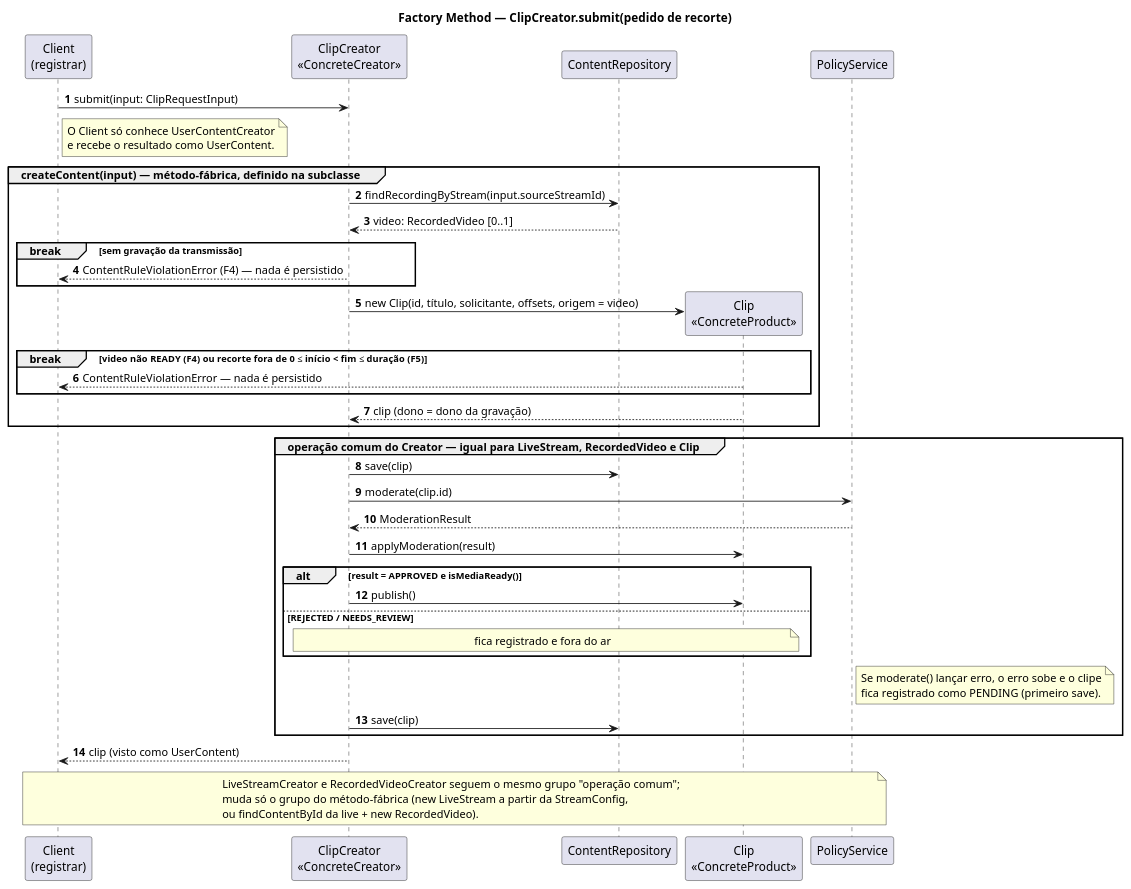
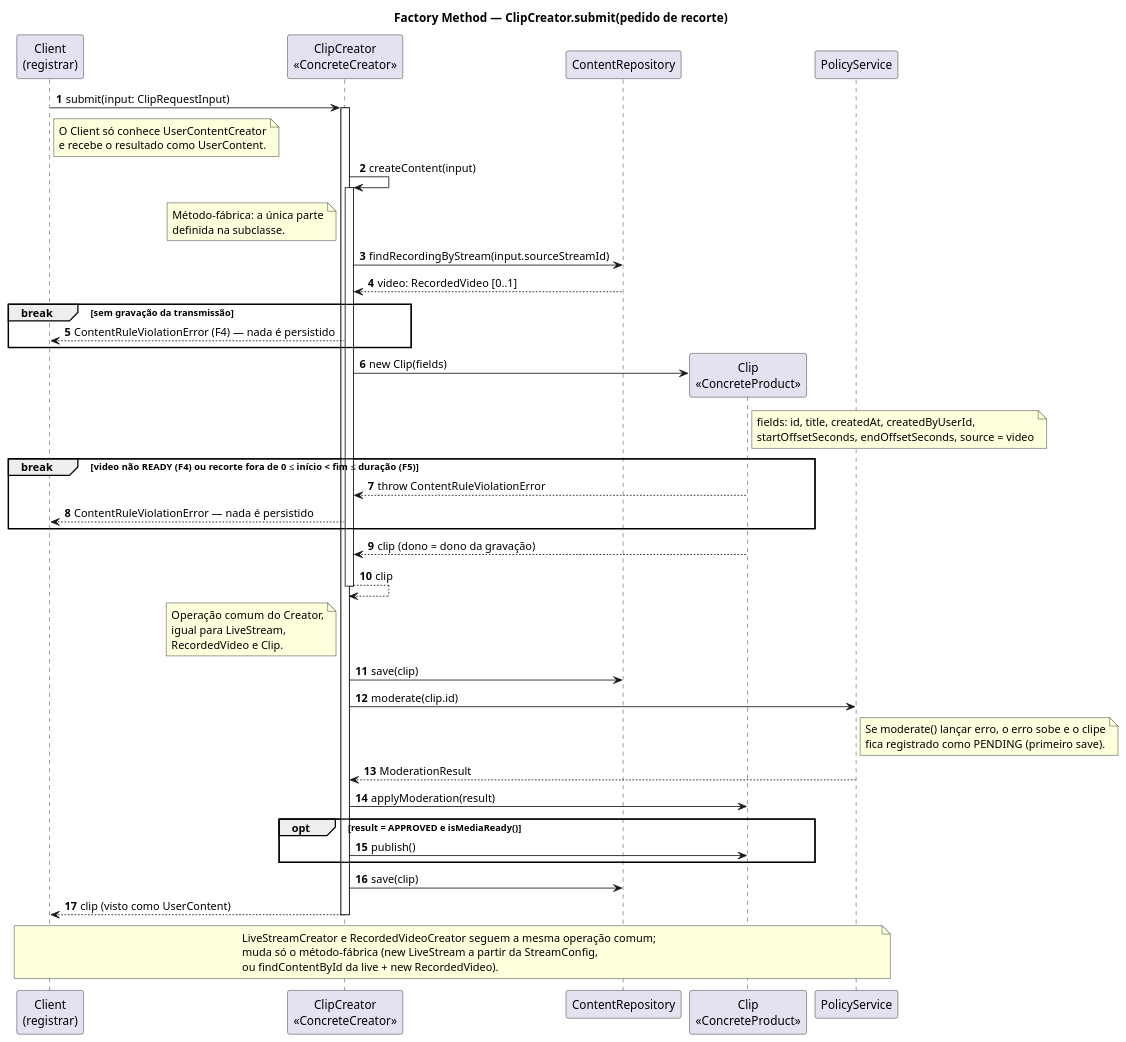
Before and after one commit to UnBArqDsw2026-2-Turma01/2026.2-T01-_G6_ProjetoStreamingVideo_Entrega_03: the diagram in docs/Base/Relatórios/1.1.1.SubEquipe_01/assets/factory-method/factory-method-sequencia-v1.puml, drawn with PlantUML. The commit also changed 3 other files, not shown here.

```diff
--- a/docs/Base/Relatórios/1.1.1.SubEquipe_01/assets/factory-method/factory-method-sequencia-v1.puml
+++ b/docs/Base/Relatórios/1.1.1.SubEquipe_01/assets/factory-method/factory-method-sequencia-v1.puml
@@ -1,58 +1,72 @@
 @startuml factory-method-sequencia-v1
 title Factory Method — ClipCreator.submit(pedido de recorte)
 
 skinparam backgroundColor #FFFFFF
 skinparam shadowing false
 skinparam sequenceMessageAlign left
 autonumber
 
 participant "Client\n(registrar)" as Client
 participant "ClipCreator\n«ConcreteCreator»" as Creator
 participant "ContentRepository" as Repo
 participant "Clip\n«ConcreteProduct»" as Clip
 participant "PolicyService" as Policy
 
 Client -> Creator : submit(input: ClipRequestInput)
+activate Creator
 note right of Client
   O Client só conhece UserContentCreator
   e recebe o resultado como UserContent.
 end note
 
-group createContent(input) — método-fábrica, definido na subclasse
-  Creator -> Repo : findRecordingByStream(input.sourceStreamId)
-  Repo --> Creator : video: RecordedVideo [0..1]
-  break sem gravação da transmissão
-    Creator --> Client : ContentRuleViolationError (F4) — nada é persistido
-  end
-  Creator -> Clip ** : new Clip(id, título, solicitante, offsets, origem = video)
-  break video não READY (F4) ou recorte fora de 0 ≤ início < fim ≤ duração (F5)
-    Clip --> Client : ContentRuleViolationError — nada é persistido
-  end
-  Clip --> Creator : clip (dono = dono da gravação)
+Creator -> Creator : createContent(input)
+activate Creator
+note left of Creator
+  Método-fábrica: a única parte
+  definida na subclasse.
+end note
+Creator -> Repo : findRecordingByStream(input.sourceStreamId)
+Repo --> Creator : video: RecordedVideo [0..1]
+break sem gravação da transmissão
+  Creator --> Client : ContentRuleViolationError (F4) — nada é persistido
 end
+Creator -> Clip ** : new Clip(fields)
+note right of Clip
+  fields: id, title, createdAt, createdByUserId,
+  startOffsetSeconds, endOffsetSeconds, source = video
+end note
+break video não READY (F4) ou recorte fora de 0 ≤ início < fim ≤ duração (F5)
+  Clip --> Creator : throw ContentRuleViolationError
+  Creator --> Client : ContentRuleViolationError — nada é persistido
+end
+Clip --> Creator : clip (dono = dono da gravação)
+Creator --> Creator : clip
+deactivate Creator
 
-group operação comum do Creator — igual para LiveStream, RecordedVideo e Clip
-  Creator -> Repo : save(clip)
-  Creator -> Policy : moderate(clip.id)
-  Policy --> Creator : ModerationResult
-  Creator -> Clip : applyModeration(result)
-  alt result = APPROVED e isMediaReady()
-    Creator -> Clip : publish()
-  else REJECTED / NEEDS_REVIEW
-    note over Creator, Clip : fica registrado e fora do ar
-  end
-  note right of Policy
-    Se moderate() lançar erro, o erro sobe e o clipe
-    fica registrado como PENDING (primeiro save).
-  end note
-  Creator -> Repo : save(clip)
+note left of Creator
+  Operação comum do Creator,
+  igual para LiveStream,
+  RecordedVideo e Clip.
+end note
+Creator -> Repo : save(clip)
+Creator -> Policy : moderate(clip.id)
+note right of Policy
+  Se moderate() lançar erro, o erro sobe e o clipe
+  fica registrado como PENDING (primeiro save).
+end note
+Policy --> Creator : ModerationResult
+Creator -> Clip : applyModeration(result)
+opt result = APPROVED e isMediaReady()
+  Creator -> Clip : publish()
 end
+Creator -> Repo : save(clip)
 
 Creator --> Client : clip (visto como UserContent)
+deactivate Creator
 
 note over Client, Policy
-  LiveStreamCreator e RecordedVideoCreator seguem o mesmo grupo "operação comum";
-  muda só o grupo do método-fábrica (new LiveStream a partir da StreamConfig,
+  LiveStreamCreator e RecordedVideoCreator seguem a mesma operação comum;
+  muda só o método-fábrica (new LiveStream a partir da StreamConfig,
   ou findContentById da live + new RecordedVideo).
 end note
 @enduml
```
